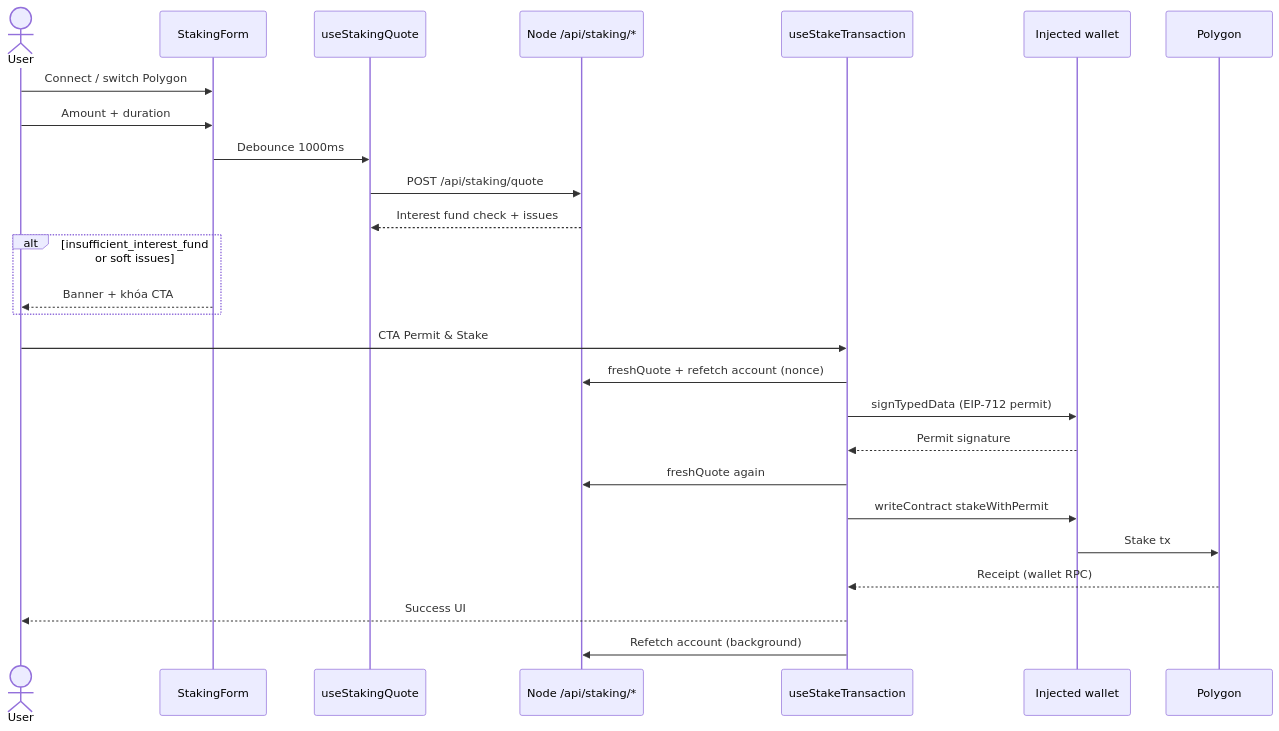
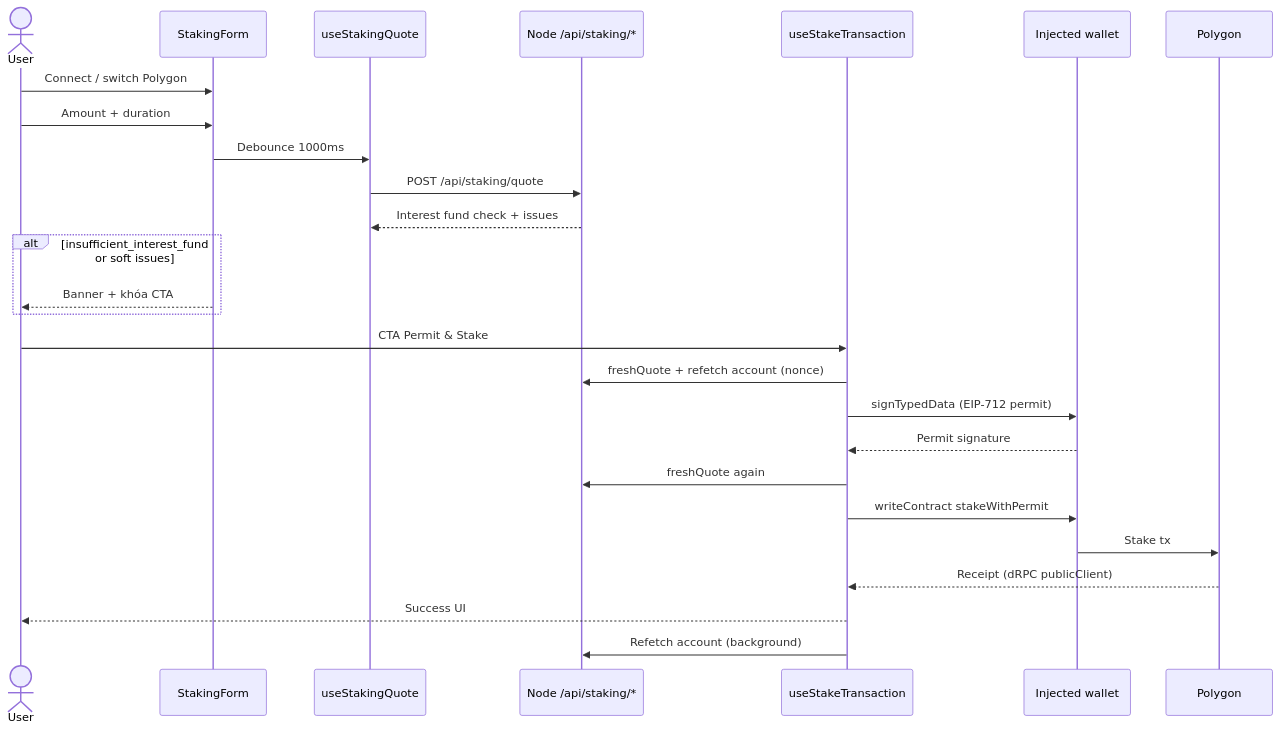
One commit to lx-production/prana-stats-revamp changed the second of 2 diagrams in docs/vi/staking-technical-overview.md. Above: the diagram before and after it, drawn with Mermaid. The commit also changed other lines of this file and 16 other files, not shown here.

Commit message:
Refactor transaction receipt handling in Bonding and Staking to utilize a shared dRPC receipt wait function, enhancing consistency and reducing reliance on wallet-specific RPCs across features.

````diff
--- a/docs/vi/staking-technical-overview.md
+++ b/docs/vi/staking-technical-overview.md
@@ -136,31 +137,31 @@
 ```mermaid
 sequenceDiagram
   actor User
   participant Form as StakingForm
   participant Quote as useStakingQuote
   participant API as Node /api/staking/*
   participant Tx as useStakeTransaction
   participant Wallet as Injected wallet
   participant Chain as Polygon
 
   User->>Form: Connect / switch Polygon
   User->>Form: Amount + duration
   Form->>Quote: Debounce 1000ms
   Quote->>API: POST /api/staking/quote
   API-->>Quote: Interest fund check + issues
 
   alt insufficient_interest_fund or soft issues
     Form-->>User: Banner + khóa CTA
   end
 
   User->>Tx: CTA Permit & Stake
   Tx->>API: freshQuote + refetch account (nonce)
   Tx->>Wallet: signTypedData (EIP-712 permit)
   Wallet-->>Tx: Permit signature
   Tx->>API: freshQuote again
   Tx->>Wallet: writeContract stakeWithPermit
   Wallet->>Chain: Stake tx
-  Chain-->>Tx: Receipt (wallet RPC)
+  Chain-->>Tx: Receipt (dRPC publicClient)
   Tx-->>User: Success UI
   Tx->>API: Refetch account (background)
 ```
````
